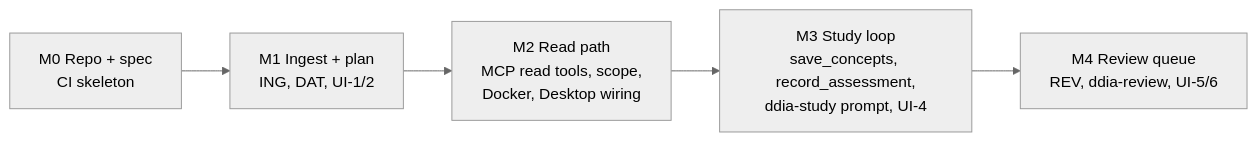
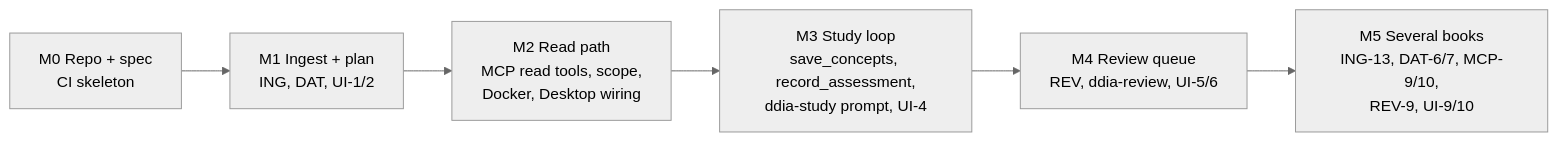
The diagram in docs/spec/08-roadmap.md (paulnopaul/ddia-assist), drawn with Mermaid (neutral theme) before and after one commit. The commit also changed 7 other files, not shown here.

First line of the commit message:
Spec: several books with one active book (ING-13, DAT-6, DAT-7, MCP-9, MCP-10, REV-9, UI-9, UI-10)

````diff
--- a/docs/spec/08-roadmap.md
+++ b/docs/spec/08-roadmap.md
@@ -3,7 +3,8 @@
 ```mermaid
 flowchart LR
     M0["M0 Repo + spec<br/>CI skeleton"] --> M1["M1 Ingest + plan<br/>ING, DAT, UI-1/2"]
     M1 --> M2["M2 Read path<br/>MCP read tools, scope,<br/>Docker, Desktop wiring"]
     M2 --> M3["M3 Study loop<br/>save_concepts, record_assessment,<br/>ddia-study prompt, UI-4"]
     M3 --> M4["M4 Review queue<br/>REV, ddia-review, UI-5/6"]
+    M4 --> M5["M5 Several books<br/>ING-13, DAT-6/7, MCP-9/10,<br/>REV-9, UI-9/10"]
 ```
````
